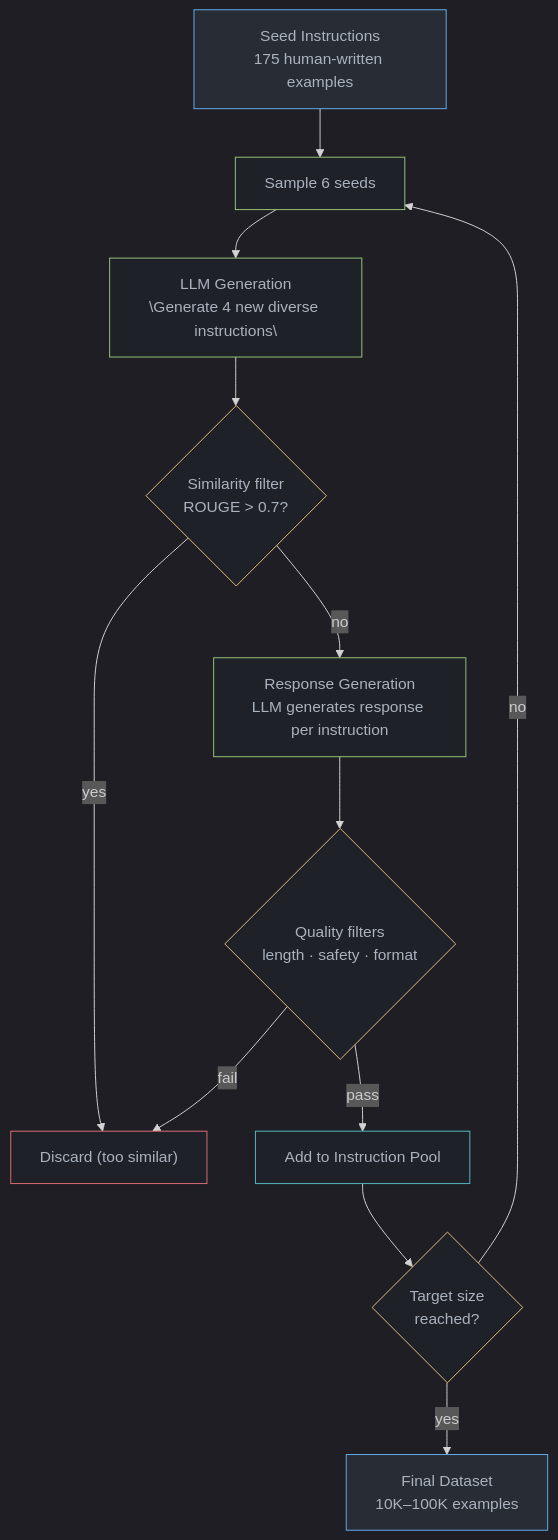
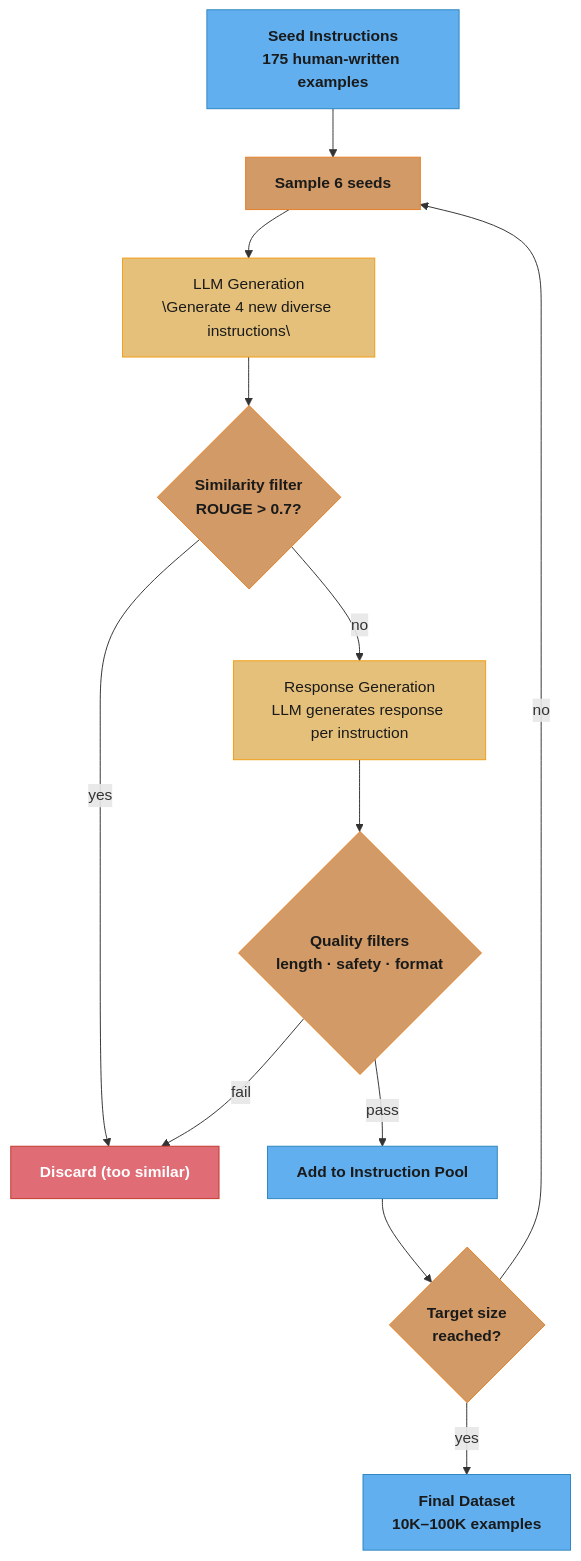
The first of 2 diagrams in src/main/java/com/rutik/systemdesign/llm/synthetic_data_generation/README.md (rppol/system-design), drawn with Mermaid before and after one commit. The commit also changed other lines of this file and 88 other files, not shown here.

````diff
--- a/src/main/java/com/rutik/systemdesign/llm/synthetic_data_generation/README.md
+++ b/src/main/java/com/rutik/systemdesign/llm/synthetic_data_generation/README.md
@@ -207,34 +207,34 @@
 ```mermaid
-%%{init: {'flowchart': {'curve': 'basis'}, 'theme': 'dark'}}%%
 flowchart TD
-    classDef io     fill:#282c34,stroke:#61afef,color:#abb2bf
-    classDef proc   fill:#1e2127,stroke:#98c379,color:#abb2bf
-    classDef decide fill:#1e2127,stroke:#e5c07b,color:#abb2bf
-    classDef warn   fill:#1e2127,stroke:#e06c75,color:#abb2bf
-    classDef store  fill:#1e2127,stroke:#56b6c2,color:#abb2bf
+    classDef io      fill:#61afef,stroke:#2e86c1,color:#1a1a1a,font-weight:bold
+    classDef frozen  fill:#c678dd,stroke:#9b59b6,color:#fff
+    classDef train   fill:#98c379,stroke:#27ae60,color:#1a1a1a
+    classDef mathOp  fill:#d19a66,stroke:#e67e22,color:#1a1a1a,font-weight:bold
+    classDef lossN   fill:#e06c75,stroke:#c0392b,color:#fff,font-weight:bold
+    classDef req     fill:#56b6c2,stroke:#0097a7,color:#1a1a1a
+    classDef base    fill:#e5c07b,stroke:#f39c12,color:#1a1a1a
 
     SEED["Seed Instructions\n175 human-written examples"]
     SAMPLE["Sample 6 seeds"]
     GEN["LLM Generation\n\"Generate 4 new diverse instructions\""]
     SIM{"Similarity filter\nROUGE > 0.7?"}
     DISCARD["Discard (too similar)"]
     RESP["Response Generation\nLLM generates response per instruction"]
     QUAL{"Quality filters\nlength · safety · format"}
     ADD["Add to Instruction Pool"]
     LOOP{"Target size\nreached?"}
     FINAL["Final Dataset\n10K–100K examples"]
 
     SEED --> SAMPLE --> GEN --> SIM
     SIM -->|"yes"| DISCARD
     SIM -->|"no"| RESP --> QUAL
     QUAL -->|"fail"| DISCARD
     QUAL -->|"pass"| ADD --> LOOP
     LOOP -->|"no"| SAMPLE
     LOOP -->|"yes"| FINAL
 
-    class SEED,FINAL io
-    class SAMPLE,GEN,RESP proc
-    class SIM,QUAL,LOOP decide
-    class DISCARD warn
-    class ADD store
+    class SEED,ADD,FINAL io
+    class SAMPLE,SIM,QUAL,LOOP mathOp
+    class GEN,RESP base
+    class DISCARD lossN
 ```
````
